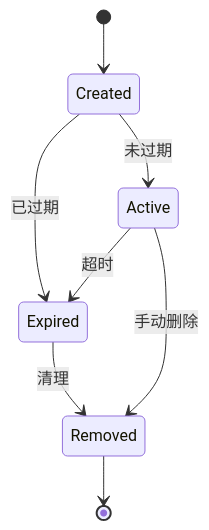
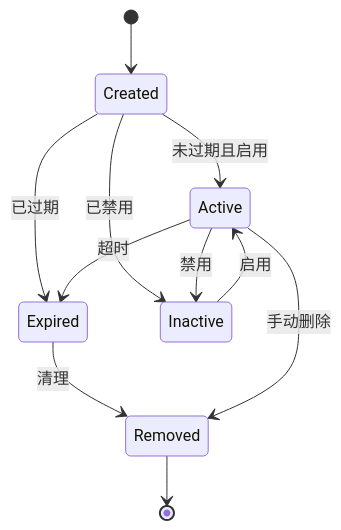
The fourth of 7 diagrams in .qoder/repowiki/zh/content/数据模型与数据库/会话头管理.md (GitHubNull/sqlmapWebUI), drawn with Mermaid before and after one commit. The commit also changed other lines of this file and 6 other files, not shown here.

First line of the commit message:
docs(documentation): 添加配置管理、任务选项命令行视图及Burp Suite相关文档

````diff
--- a/.qoder/repowiki/zh/content/数据模型与数据库/会话头管理.md
+++ b/.qoder/repowiki/zh/content/数据模型与数据库/会话头管理.md
@@ -222,10 +277,13 @@
 ```mermaid
 stateDiagram-v2
 [*] --> Created
-Created --> Active : 未过期
+Created --> Active : 未过期且启用
 Created --> Expired : 已过期
+Created --> Inactive : 已禁用
 Active --> Expired : 超时
+Active --> Inactive : 禁用
+Inactive --> Active : 启用
 Expired --> Removed : 清理
 Active --> Removed : 手动删除
 Removed --> [*]
 ```
````
